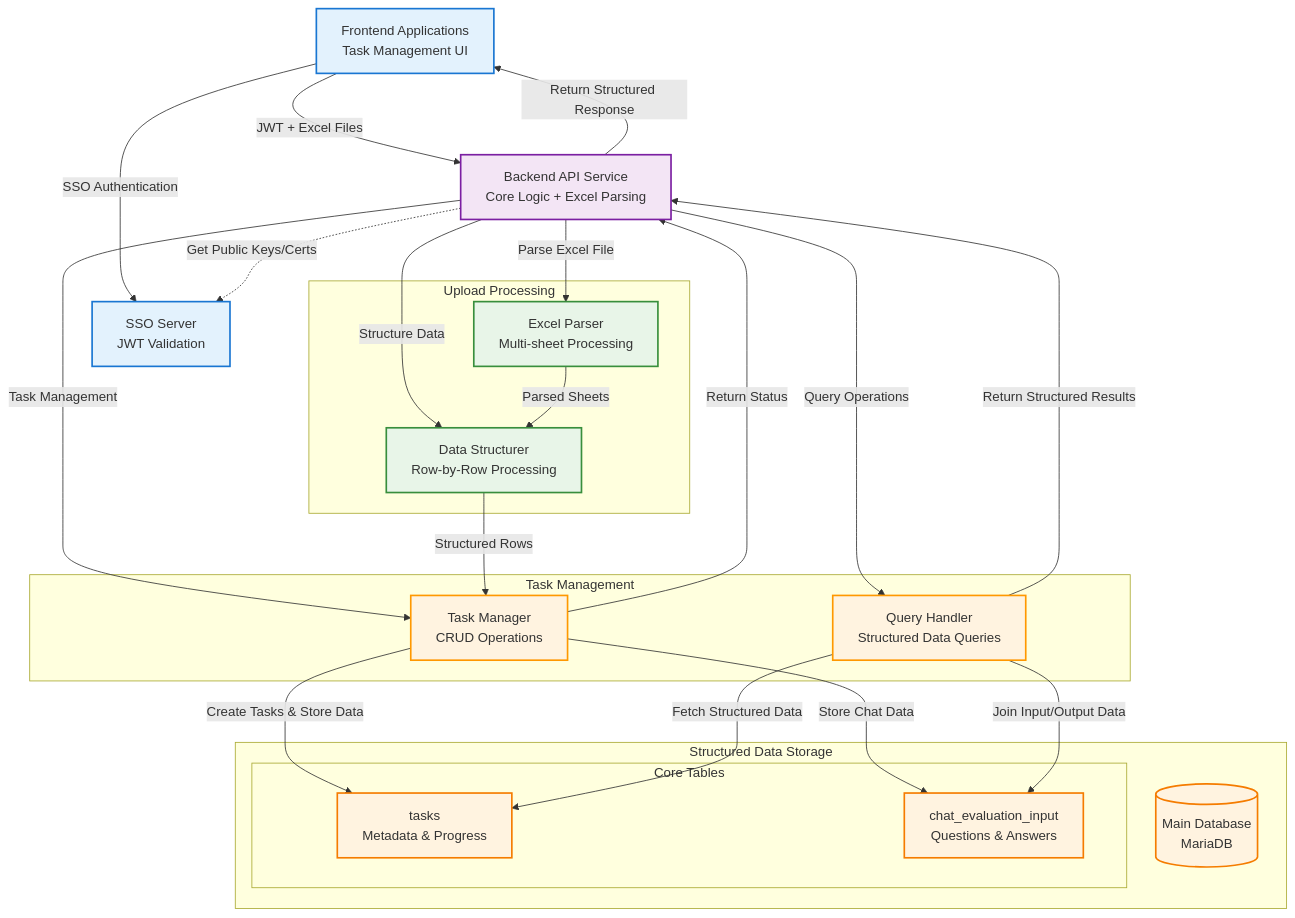
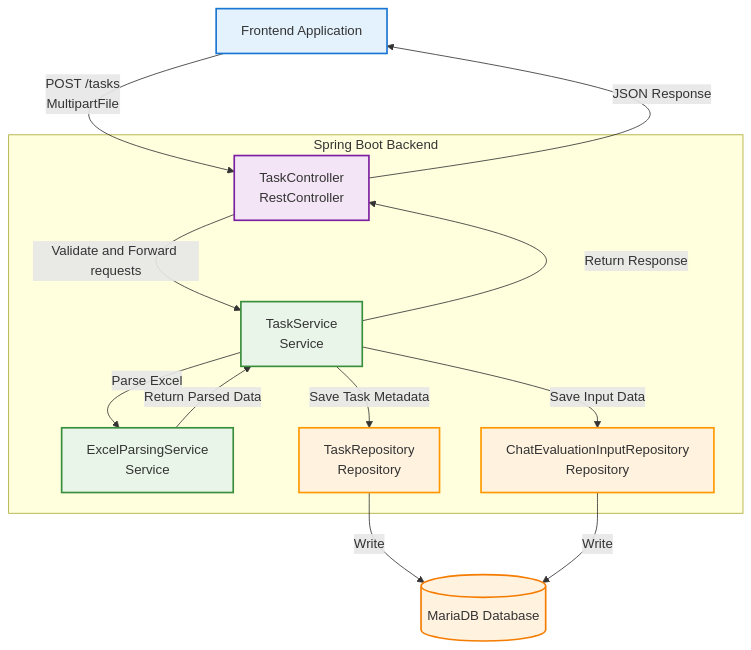
The second of 3 diagrams in docs/README.md (andrewhzy/SpringHttpClientDataJpaDemo), drawn with Mermaid before and after one commit. The commit also changed other lines of this file and 2 other files, not shown here.

Commit message:
Update API specification to reflect new maximum rows per sheet limit and enhance README with backend Java classes flow, clarifying component responsibilities for Excel file uploads and task management.

````diff
--- a/docs/README.md
+++ b/docs/README.md
@@ -145,70 +145,42 @@
 ```mermaid
 flowchart TD
-    %% User Interface Layer
-    UI[Frontend Applications<br/>Task Management UI]
-    Auth[SSO Server<br/>JWT Validation]
+    %% Frontend
+    FE[Frontend Application]
     
-    %% Backend API Service
-    API[Backend API Service<br/>Core Logic + Excel Parsing]
-    
-    %% Task Processing Components
-    subgraph "Upload Processing"
-        FileParser[Excel Parser<br/>Multi-sheet Processing]
-        DataStructurer[Data Structurer<br/>Row-by-Row Processing]
+    %% Backend Spring Boot Classes
+    subgraph "Spring Boot Backend"
+        Controller[TaskController<br/>RestController]
+        Service[TaskService<br/>Service]
+        ExcelService[ExcelParsingService<br/>Service]
+        Repository[TaskRepository<br/>Repository]
+        InputRepo[ChatEvaluationInputRepository<br/>Repository]
     end
     
-    %% Task Management Components
-    subgraph "Task Management"
-        TaskManager[Task Manager<br/>CRUD Operations]
-        QueryHandler[Query Handler<br/>Structured Data Queries]
-    end
+    %% Database
+    DB[(MariaDB Database)]
     
-    %% Database Layer - Structured Storage Focus
-    subgraph "Structured Data Storage"
-        MainDB[(Main Database<br/>MariaDB)]
-        
-        subgraph "Core Tables"
-            TasksTable[tasks<br/>Metadata & Progress]
-            ChatInputTable[chat_evaluation_input<br/>Questions & Answers]
-        end
-    end
-    
-    %% User Flow
-    UI -->|SSO Authentication| Auth
-    UI -->|JWT + Excel Files| API
-    
-    %% API Processing Flow
-    API -.->|Get Public Keys/Certs| Auth
-    API -->|Parse Excel File| FileParser
-    API -->|Structure Data| DataStructurer
-    API -->|Task Management| TaskManager
-    API -->|Query Operations| QueryHandler
-    
-    %% Upload Processing Flow
-    FileParser -->|Parsed Sheets| DataStructurer
-    DataStructurer -->|Structured Rows| TaskManager
-    
-    %% Task Management Flow
-    TaskManager -->|Create Tasks & Store Data| TasksTable
-    TaskManager -->|Store Chat Data| ChatInputTable
-    QueryHandler -->|Fetch Structured Data| TasksTable
-    QueryHandler -->|Join Input/Output Data| ChatInputTable
-    
-    %% Response Flow
-    QueryHandler -->|Return Structured Results| API
-    TaskManager -->|Return Status| API
-    API -->|Return Structured Response| UI
+    %% Simple Linear Flow for POST /tasks
+    FE -->|POST /tasks<br/>MultipartFile| Controller
+    Controller -->|Validate and Forward requests| Service
+    Service -->|Parse Excel| ExcelService
+    ExcelService -->|Return Parsed Data| Service
+    Service -->|Save Task Metadata| Repository
+    Service -->|Save Input Data| InputRepo
+    Repository -->|Write| DB
+    InputRepo -->|Write| DB
+    Service -->|Return Response| Controller
+    Controller -->|JSON Response| FE
     
     %% Styling
-    classDef uiLayer fill:#e3f2fd,stroke:#1976d2,stroke-width:2px
-    classDef apiLayer fill:#f3e5f5,stroke:#7b1fa2,stroke-width:2px
-    classDef uploadLayer fill:#e8f5e8,stroke:#388e3c,stroke-width:2px
-    classDef managementLayer fill:#fff3e0,stroke:#ff9800,stroke-width:2px
-    classDef dbLayer fill:#fff3e0,stroke:#f57c00,stroke-width:2px
+    classDef frontend fill:#e3f2fd,stroke:#1976d2,stroke-width:2px
+    classDef controller fill:#f3e5f5,stroke:#7b1fa2,stroke-width:2px
+    classDef service fill:#e8f5e8,stroke:#388e3c,stroke-width:2px
+    classDef repository fill:#fff3e0,stroke:#ff9800,stroke-width:2px
+    classDef database fill:#fff3e0,stroke:#f57c00,stroke-width:2px
     
-    class UI,Auth uiLayer
-    class API apiLayer
-    class FileParser,DataStructurer uploadLayer
-    class TaskManager,QueryHandler managementLayer
-    class MainDB,TasksTable,ChatInputTable dbLayer
+    class FE frontend
+    class Controller controller
+    class Service,ExcelService service
+    class Repository,InputRepo repository
+    class DB database
 ```
````
